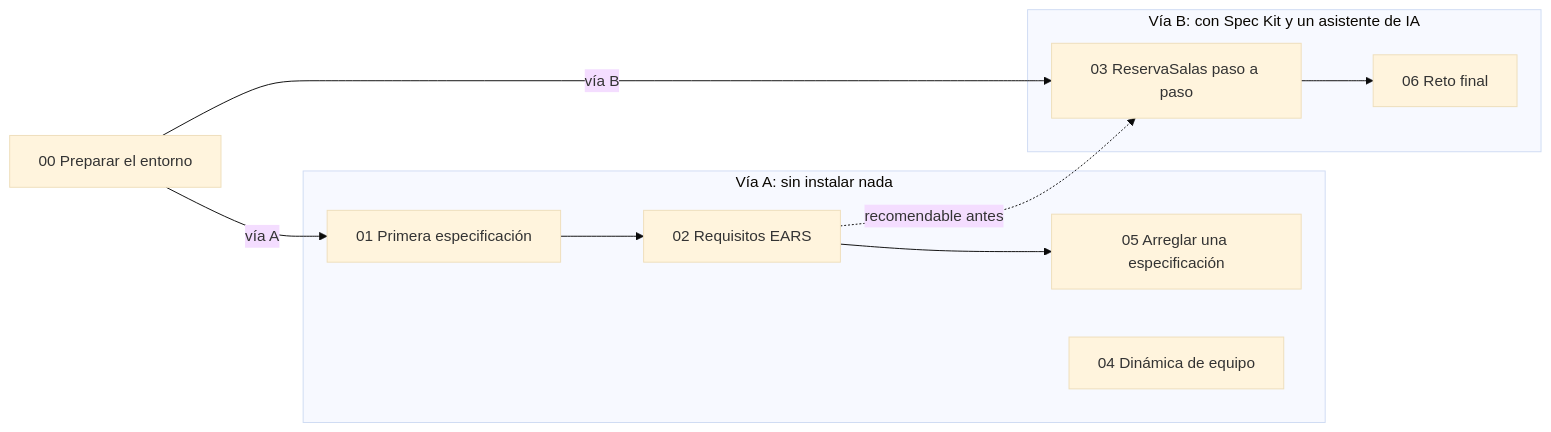
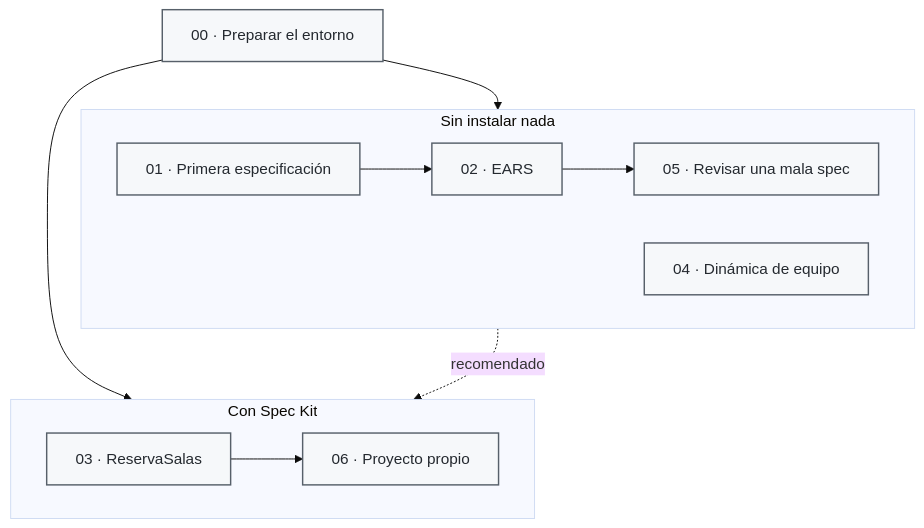
The diagram in ejercicios/README.md (antroc/charla-sdd), drawn with Mermaid (base theme) before and after one commit. The commit also changed 3 other files, not shown here.

Commit message:
Simplificar diagramas de buenas practicas y ejercicios basicos

````diff
--- a/ejercicios/README.md
+++ b/ejercicios/README.md
@@ -35,15 +35,22 @@
 ```mermaid
-flowchart LR
-  e00["00 Preparar el entorno"]
-  subgraph viaA ["Vía A: sin instalar nada"]
-    e01["01 Primera especificación"] --> e02["02 Requisitos EARS"]
-    e02 --> e05["05 Arreglar una especificación"]
-    e04["04 Dinámica de equipo"]
+flowchart TB
+  e00["00 · Preparar el entorno"]
+
+  subgraph sininstalar["Sin instalar nada"]
+    direction LR
+    e01["01 · Primera especificación"] --> e02["02 · EARS"] --> e05["05 · Revisar una mala spec"]
+    e04["04 · Dinámica de equipo"]
   end
-  subgraph viaB ["Vía B: con Spec Kit y un asistente de IA"]
-    e03["03 ReservaSalas paso a paso"] --> e06["06 Reto final"]
+
+  subgraph conherramientas["Con Spec Kit"]
+    direction LR
+    e03["03 · ReservaSalas"] --> e06["06 · Proyecto propio"]
   end
-  e00 -->|"vía A"| e01
-  e00 -->|"vía B"| e03
-  e02 -.->|"recomendable antes"| e03
+
+  e00 --> e01
+  e00 --> e03
+  e02 -.->|"recomendado"| e03
+
+  classDef base fill:#F6F8FA,stroke:#57606A,stroke-width:1.5px,color:#24292F;
+  class e00,e01,e02,e03,e04,e05,e06 base;
 ```
````
